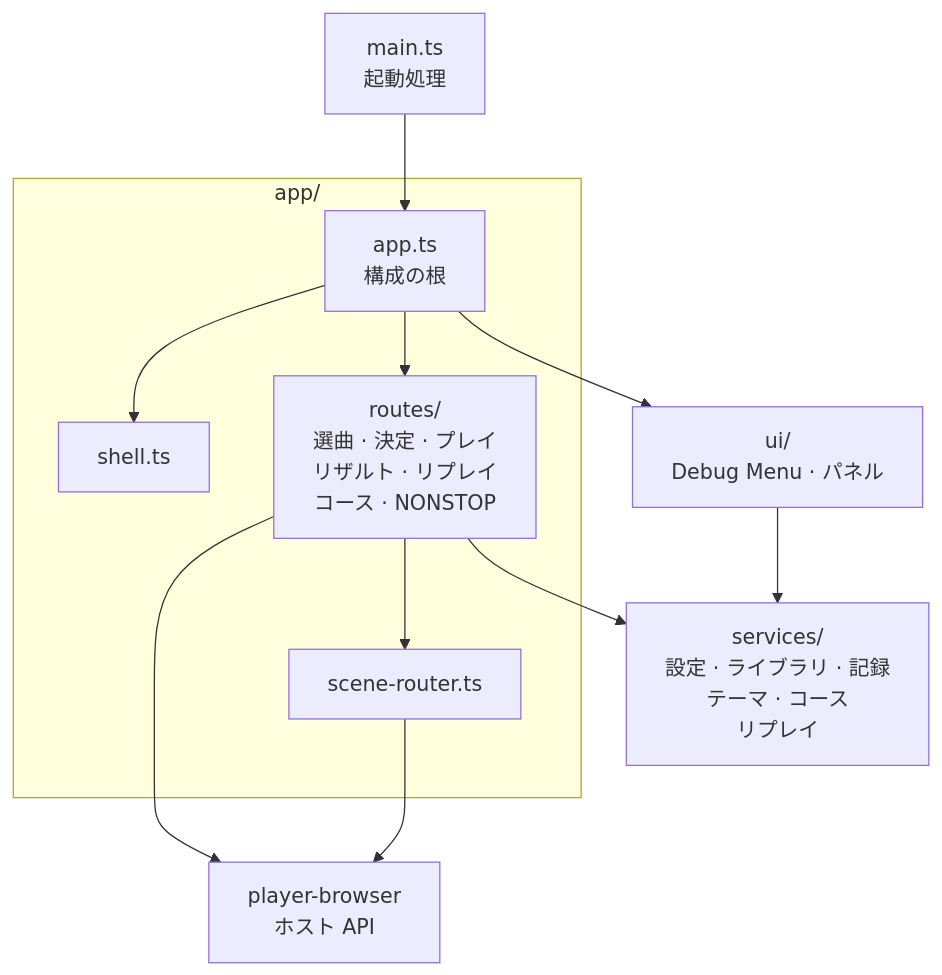
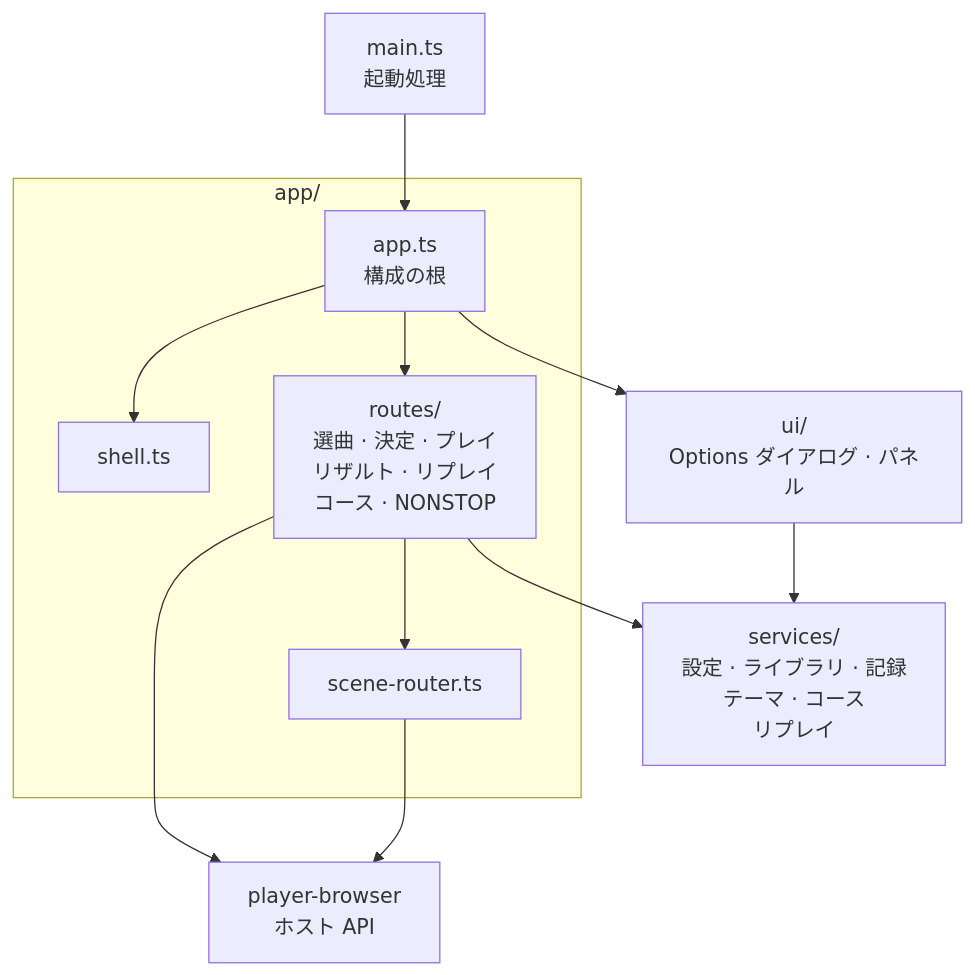
Before and after one commit to nulltask/be-music: the second of 20 diagrams in docs/player-web.ja.md, drawn with Mermaid. The commit also changed other lines of this file and 17 other files, not shown here.

Commit message:
docs: call the player's Debug Menu the Options dialog [ci skip]

````diff
--- a/docs/player-web.ja.md
+++ b/docs/player-web.ja.md
@@ -145,18 +145,18 @@
 ```mermaid
 flowchart TD
   main["main.ts<br/>起動処理"] --> app
   subgraph appDir["app/"]
     app["app.ts<br/>構成の根"]
     shell["shell.ts"]
     routes["routes/<br/>選曲 · 決定 · プレイ<br/>リザルト · リプレイ<br/>コース · NONSTOP"]
     router["scene-router.ts"]
   end
   app --> shell
   app --> routes
-  app --> ui["ui/<br/>Debug Menu · パネル"]
+  app --> ui["ui/<br/>Options ダイアログ · パネル"]
   routes --> router
   routes --> services["services/<br/>設定 · ライブラリ · 記録<br/>テーマ · コース<br/>リプレイ"]
   ui --> services
   routes --> host["player-browser<br/>ホスト API"]
   router --> host
 ```
````
